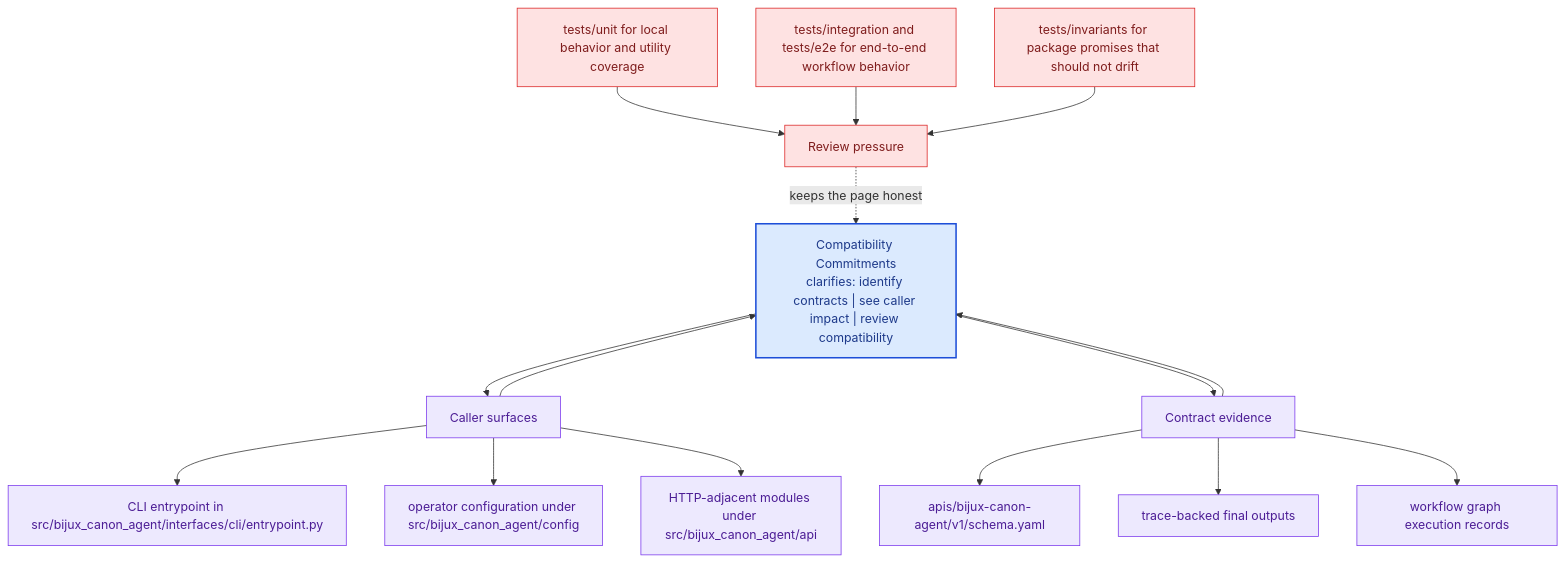
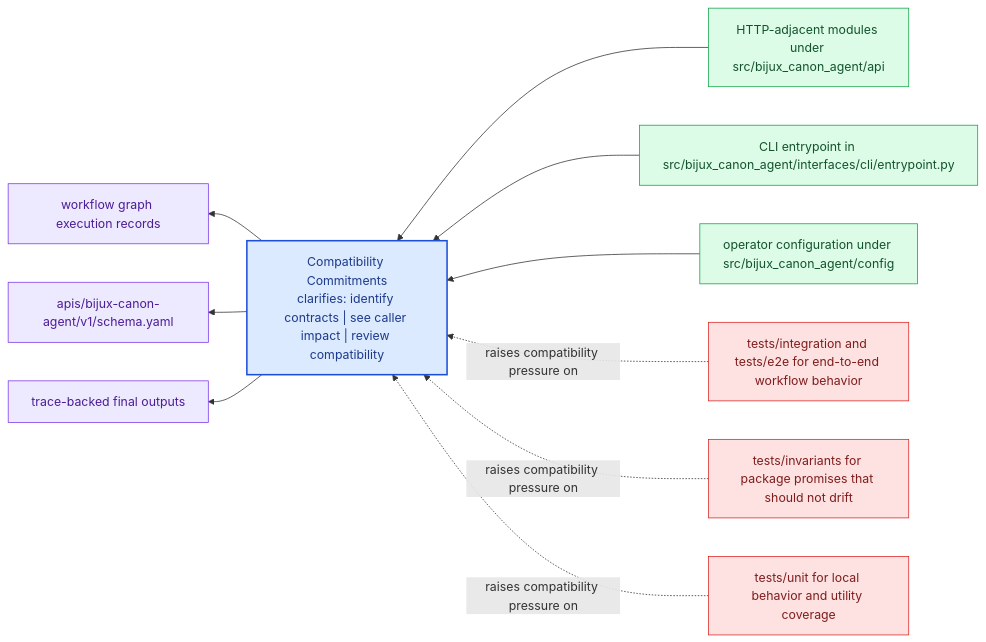
One commit to bijux/bijux-canon changed the diagram in docs/bijux-canon-agent/interfaces/compatibility-commitments.md. Above: the diagram before and after it, drawn with Mermaid. The commit also changed other lines of this file and 281 other files, not shown here.

Commit message:
docs(diagrams): replace repeated mermaid scaffolds with page-specific summaries

````diff
--- a/docs/bijux-canon-agent/interfaces/compatibility-commitments.md
+++ b/docs/bijux-canon-agent/interfaces/compatibility-commitments.md
@@ -68,41 +23,31 @@
 ```mermaid
-flowchart TB
-    promise["Compatibility Commitments<br/>clarifies: identify contracts | see caller impact | review compatibility"]
-    classDef promise fill:#dbeafe,stroke:#1d4ed8,color:#1e3a8a,stroke-width:2px;
-    classDef driver fill:#dcfce7,stroke:#16a34a,color:#14532d;
-    classDef constraint fill:#fee2e2,stroke:#dc2626,color:#7f1d1d;
-    classDef ground fill:#ede9fe,stroke:#7c3aed,color:#4c1d95;
-    focus1["Caller surfaces"]
-    focus1 --> promise
-    promise --> focus1
-    focus1_1["CLI entrypoint in src/bijux_canon_agent/interfaces/cli/entrypoint.py"]
-    focus1 --> focus1_1
-    focus1_2["operator configuration under src/bijux_canon_agent/config"]
-    focus1 --> focus1_2
-    focus1_3["HTTP-adjacent modules under src/bijux_canon_agent/api"]
-    focus1 --> focus1_3
-    class focus1 ground;
-    class focus1_1,focus1_2,focus1_3 ground;
-    focus2["Contract evidence"]
-    focus2 --> promise
-    promise --> focus2
-    focus2_1["apis/bijux-canon-agent/v1/schema.yaml"]
-    focus2 --> focus2_1
-    focus2_2["trace-backed final outputs"]
-    focus2 --> focus2_2
-    focus2_3["workflow graph execution records"]
-    focus2 --> focus2_3
-    class focus2 ground;
-    class focus2_1,focus2_2,focus2_3 ground;
-    focus3["Review pressure"]
-    focus3 -.keeps the page honest.-> promise
-    focus3_1["tests/unit for local behavior and utility coverage"]
-    focus3_1 --> focus3
-    focus3_2["tests/integration and tests/e2e for end-to-end workflow behavior"]
-    focus3_2 --> focus3
-    focus3_3["tests/invariants for package promises that should not drift"]
-    focus3_3 --> focus3
-    class focus3 constraint;
-    class focus3_1,focus3_2,focus3_3 constraint;
-    class promise promise;
+flowchart RL
+    page["Compatibility Commitments<br/>clarifies: identify contracts | see caller impact | review compatibility"]
+    classDef page fill:#dbeafe,stroke:#1d4ed8,color:#1e3a8a,stroke-width:2px;
+    classDef positive fill:#dcfce7,stroke:#16a34a,color:#14532d;
+    classDef caution fill:#fee2e2,stroke:#dc2626,color:#7f1d1d;
+    classDef anchor fill:#ede9fe,stroke:#7c3aed,color:#4c1d95;
+    classDef action fill:#fef3c7,stroke:#d97706,color:#7c2d12;
+    surface1["HTTP-adjacent modules under src/bijux_canon_agent/api"]
+    surface1 --> page
+    surface2["CLI entrypoint in src/bijux_canon_agent/interfaces/cli/entrypoint.py"]
+    surface2 --> page
+    surface3["operator configuration under src/bijux_canon_agent/config"]
+    surface3 --> page
+    proof1["workflow graph execution records"]
+    page --> proof1
+    proof2["apis/bijux-canon-agent/v1/schema.yaml"]
+    page --> proof2
+    proof3["trace-backed final outputs"]
+    page --> proof3
+    review1["tests/integration and tests/e2e for end-to-end workflow behavior"]
+    review1 -.raises compatibility pressure on.-> page
+    review2["tests/invariants for package promises that should not drift"]
+    review2 -.raises compatibility pressure on.-> page
+    review3["tests/unit for local behavior and utility coverage"]
+    review3 -.raises compatibility pressure on.-> page
+    class page page;
+    class surface1,surface2,surface3 positive;
+    class proof1,proof2,proof3 anchor;
+    class review1,review2,review3 caution;
 ```
````
